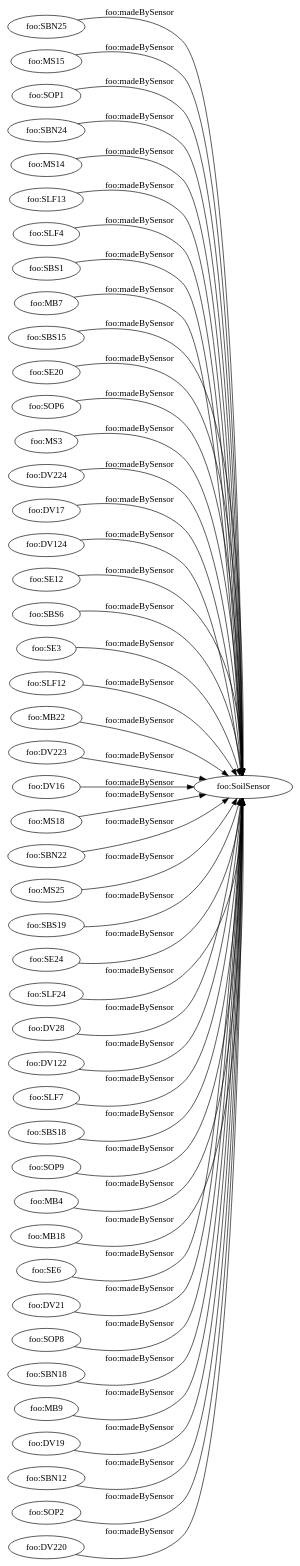
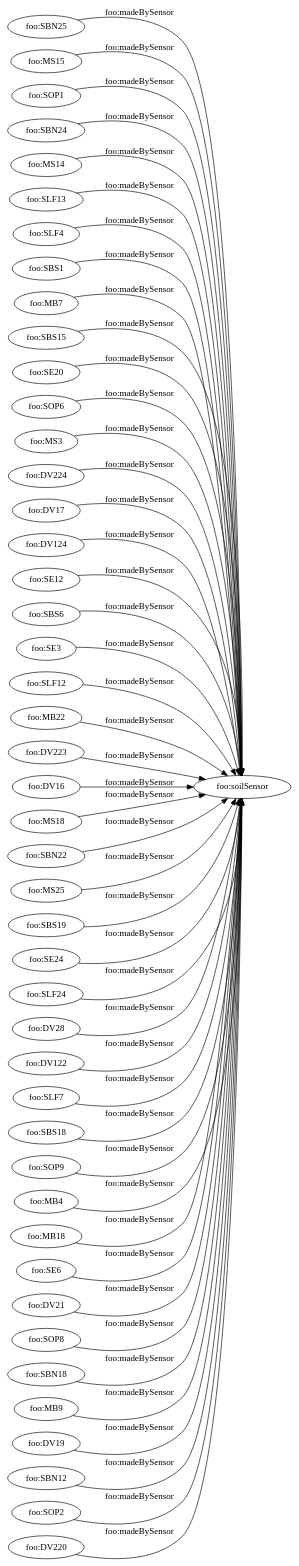
The diagram in OnToology/soilGraph.ttl/diagrams/ar2dtool-class/soilGraph.ttl.png.dot (Naeima/soil), drawn with Graphviz before and after one commit. The commit also changed 8 other files, not shown here.

```diff
--- a/OnToology/soilGraph.ttl/diagrams/ar2dtool-class/soilGraph.ttl.png.dot
+++ b/OnToology/soilGraph.ttl/diagrams/ar2dtool-class/soilGraph.ttl.png.dot
@@ -1,50 +1,50 @@
 digraph ar2dtool_diagram { 
 rankdir=LR;
 size="1501"
-	"foo:SBN25" -> "foo:SoilSensor" [ label = "foo:madeBySensor" ];
-	"foo:MS15" -> "foo:SoilSensor" [ label = "foo:madeBySensor" ];
-	"foo:SOP1" -> "foo:SoilSensor" [ label = "foo:madeBySensor" ];
-	"foo:SBN24" -> "foo:SoilSensor" [ label = "foo:madeBySensor" ];
-	"foo:MS14" -> "foo:SoilSensor" [ label = "foo:madeBySensor" ];
-	"foo:SLF13" -> "foo:SoilSensor" [ label = "foo:madeBySensor" ];
-	"foo:SLF4" -> "foo:SoilSensor" [ label = "foo:madeBySensor" ];
-	"foo:SBS1" -> "foo:SoilSensor" [ label = "foo:madeBySensor" ];
-	"foo:MB7" -> "foo:SoilSensor" [ label = "foo:madeBySensor" ];
-	"foo:SBS15" -> "foo:SoilSensor" [ label = "foo:madeBySensor" ];
-	"foo:SE20" -> "foo:SoilSensor" [ label = "foo:madeBySensor" ];
-	"foo:SOP6" -> "foo:SoilSensor" [ label = "foo:madeBySensor" ];
-	"foo:MS3" -> "foo:SoilSensor" [ label = "foo:madeBySensor" ];
-	"foo:DV224" -> "foo:SoilSensor" [ label = "foo:madeBySensor" ];
-	"foo:DV17" -> "foo:SoilSensor" [ label = "foo:madeBySensor" ];
-	"foo:DV124" -> "foo:SoilSensor" [ label = "foo:madeBySensor" ];
-	"foo:SE12" -> "foo:SoilSensor" [ label = "foo:madeBySensor" ];
-	"foo:SBS6" -> "foo:SoilSensor" [ label = "foo:madeBySensor" ];
-	"foo:SE3" -> "foo:SoilSensor" [ label = "foo:madeBySensor" ];
-	"foo:SLF12" -> "foo:SoilSensor" [ label = "foo:madeBySensor" ];
-	"foo:MB22" -> "foo:SoilSensor" [ label = "foo:madeBySensor" ];
-	"foo:DV223" -> "foo:SoilSensor" [ label = "foo:madeBySensor" ];
-	"foo:DV16" -> "foo:SoilSensor" [ label = "foo:madeBySensor" ];
-	"foo:MS18" -> "foo:SoilSensor" [ label = "foo:madeBySensor" ];
-	"foo:SBN22" -> "foo:SoilSensor" [ label = "foo:madeBySensor" ];
-	"foo:MS25" -> "foo:SoilSensor" [ label = "foo:madeBySensor" ];
-	"foo:SBS19" -> "foo:SoilSensor" [ label = "foo:madeBySensor" ];
-	"foo:SE24" -> "foo:SoilSensor" [ label = "foo:madeBySensor" ];
-	"foo:SLF24" -> "foo:SoilSensor" [ label = "foo:madeBySensor" ];
-	"foo:DV28" -> "foo:SoilSensor" [ label = "foo:madeBySensor" ];
-	"foo:DV122" -> "foo:SoilSensor" [ label = "foo:madeBySensor" ];
-	"foo:SLF7" -> "foo:SoilSensor" [ label = "foo:madeBySensor" ];
-	"foo:SBS18" -> "foo:SoilSensor" [ label = "foo:madeBySensor" ];
-	"foo:SOP9" -> "foo:SoilSensor" [ label = "foo:madeBySensor" ];
-	"foo:MB4" -> "foo:SoilSensor" [ label = "foo:madeBySensor" ];
-	"foo:MB18" -> "foo:SoilSensor" [ label = "foo:madeBySensor" ];
-	"foo:SE6" -> "foo:SoilSensor" [ label = "foo:madeBySensor" ];
-	"foo:DV21" -> "foo:SoilSensor" [ label = "foo:madeBySensor" ];
-	"foo:SOP8" -> "foo:SoilSensor" [ label = "foo:madeBySensor" ];
-	"foo:SBN18" -> "foo:SoilSensor" [ label = "foo:madeBySensor" ];
-	"foo:MB9" -> "foo:SoilSensor" [ label = "foo:madeBySensor" ];
-	"foo:DV19" -> "foo:SoilSensor" [ label = "foo:madeBySensor" ];
-	"foo:SBN12" -> "foo:SoilSensor" [ label = "foo:madeBySensor" ];
-	"foo:SOP2" -> "foo:SoilSensor" [ label = "foo:madeBySensor" ];
-	"foo:DV220" -> "foo:SoilSensor" [ label = "foo:madeBySensor" ];
+	"foo:SBN25" -> "foo:soilSensor" [ label = "foo:madeBySensor" ];
+	"foo:MS15" -> "foo:soilSensor" [ label = "foo:madeBySensor" ];
+	"foo:SOP1" -> "foo:soilSensor" [ label = "foo:madeBySensor" ];
+	"foo:SBN24" -> "foo:soilSensor" [ label = "foo:madeBySensor" ];
+	"foo:MS14" -> "foo:soilSensor" [ label = "foo:madeBySensor" ];
+	"foo:SLF13" -> "foo:soilSensor" [ label = "foo:madeBySensor" ];
+	"foo:SLF4" -> "foo:soilSensor" [ label = "foo:madeBySensor" ];
+	"foo:SBS1" -> "foo:soilSensor" [ label = "foo:madeBySensor" ];
+	"foo:MB7" -> "foo:soilSensor" [ label = "foo:madeBySensor" ];
+	"foo:SBS15" -> "foo:soilSensor" [ label = "foo:madeBySensor" ];
+	"foo:SE20" -> "foo:soilSensor" [ label = "foo:madeBySensor" ];
+	"foo:SOP6" -> "foo:soilSensor" [ label = "foo:madeBySensor" ];
+	"foo:MS3" -> "foo:soilSensor" [ label = "foo:madeBySensor" ];
+	"foo:DV224" -> "foo:soilSensor" [ label = "foo:madeBySensor" ];
+	"foo:DV17" -> "foo:soilSensor" [ label = "foo:madeBySensor" ];
+	"foo:DV124" -> "foo:soilSensor" [ label = "foo:madeBySensor" ];
+	"foo:SE12" -> "foo:soilSensor" [ label = "foo:madeBySensor" ];
+	"foo:SBS6" -> "foo:soilSensor" [ label = "foo:madeBySensor" ];
+	"foo:SE3" -> "foo:soilSensor" [ label = "foo:madeBySensor" ];
+	"foo:SLF12" -> "foo:soilSensor" [ label = "foo:madeBySensor" ];
+	"foo:MB22" -> "foo:soilSensor" [ label = "foo:madeBySensor" ];
+	"foo:DV223" -> "foo:soilSensor" [ label = "foo:madeBySensor" ];
+	"foo:DV16" -> "foo:soilSensor" [ label = "foo:madeBySensor" ];
+	"foo:MS18" -> "foo:soilSensor" [ label = "foo:madeBySensor" ];
+	"foo:SBN22" -> "foo:soilSensor" [ label = "foo:madeBySensor" ];
+	"foo:MS25" -> "foo:soilSensor" [ label = "foo:madeBySensor" ];
+	"foo:SBS19" -> "foo:soilSensor" [ label = "foo:madeBySensor" ];
+	"foo:SE24" -> "foo:soilSensor" [ label = "foo:madeBySensor" ];
+	"foo:SLF24" -> "foo:soilSensor" [ label = "foo:madeBySensor" ];
+	"foo:DV28" -> "foo:soilSensor" [ label = "foo:madeBySensor" ];
+	"foo:DV122" -> "foo:soilSensor" [ label = "foo:madeBySensor" ];
+	"foo:SLF7" -> "foo:soilSensor" [ label = "foo:madeBySensor" ];
+	"foo:SBS18" -> "foo:soilSensor" [ label = "foo:madeBySensor" ];
+	"foo:SOP9" -> "foo:soilSensor" [ label = "foo:madeBySensor" ];
+	"foo:MB4" -> "foo:soilSensor" [ label = "foo:madeBySensor" ];
+	"foo:MB18" -> "foo:soilSensor" [ label = "foo:madeBySensor" ];
+	"foo:SE6" -> "foo:soilSensor" [ label = "foo:madeBySensor" ];
+	"foo:DV21" -> "foo:soilSensor" [ label = "foo:madeBySensor" ];
+	"foo:SOP8" -> "foo:soilSensor" [ label = "foo:madeBySensor" ];
+	"foo:SBN18" -> "foo:soilSensor" [ label = "foo:madeBySensor" ];
+	"foo:MB9" -> "foo:soilSensor" [ label = "foo:madeBySensor" ];
+	"foo:DV19" -> "foo:soilSensor" [ label = "foo:madeBySensor" ];
+	"foo:SBN12" -> "foo:soilSensor" [ label = "foo:madeBySensor" ];
+	"foo:SOP2" -> "foo:soilSensor" [ label = "foo:madeBySensor" ];
+	"foo:DV220" -> "foo:soilSensor" [ label = "foo:madeBySensor" ];
 
 }
```
